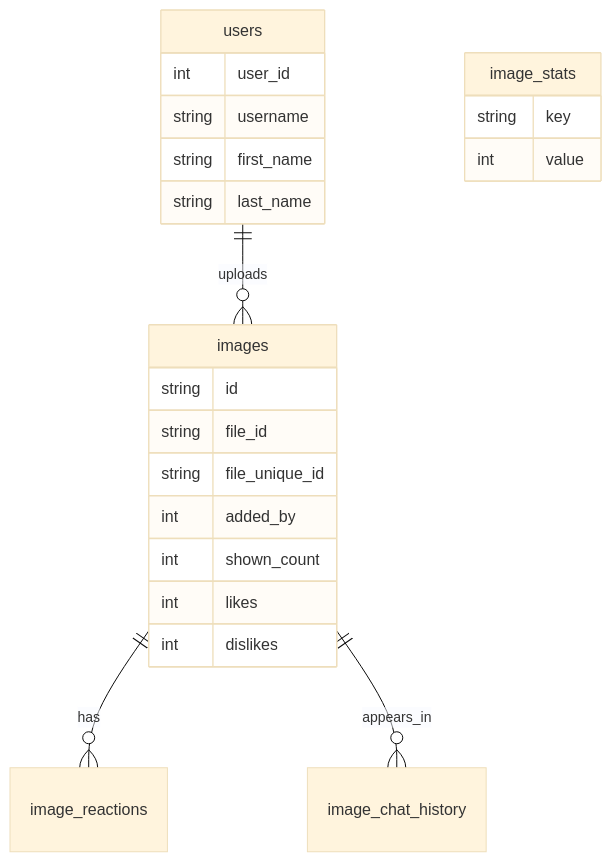
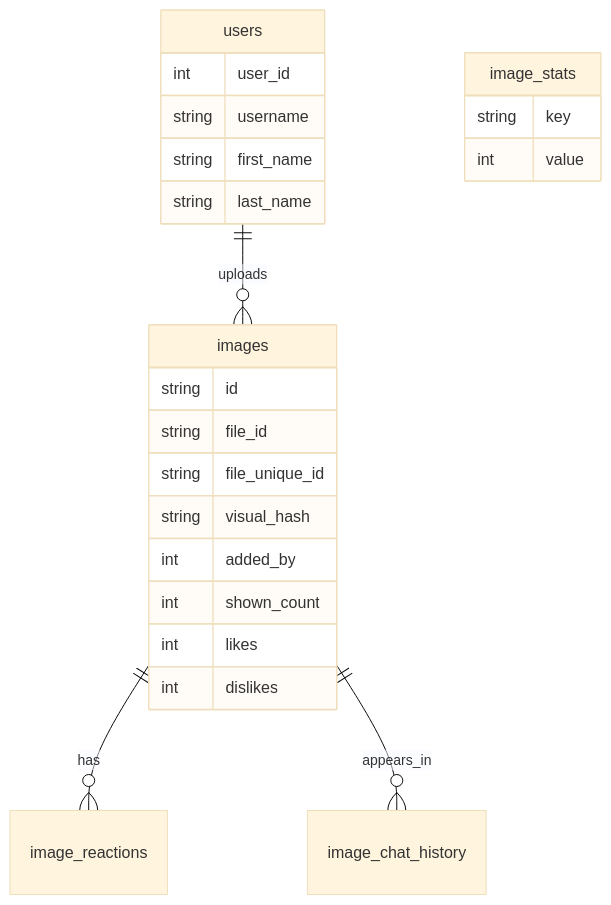
The second of 2 diagrams in README.en.md (StonerHand/kartinkomet-bot), drawn with Mermaid (base theme) before and after one commit. The commit also changed other lines of this file and 9 other files, not shown here.

````diff
--- a/README.en.md
+++ b/README.en.md
@@ -145,25 +157,26 @@
 ```mermaid
 erDiagram
     users ||--o{ images : uploads
     images ||--o{ image_reactions : has
     images ||--o{ image_chat_history : appears_in
     image_stats {
         string key
         int value
     }
     users {
         int user_id
         string username
         string first_name
         string last_name
     }
     images {
         string id
         string file_id
         string file_unique_id
+        string visual_hash
         int added_by
         int shown_count
         int likes
         int dislikes
     }
 ```
````
